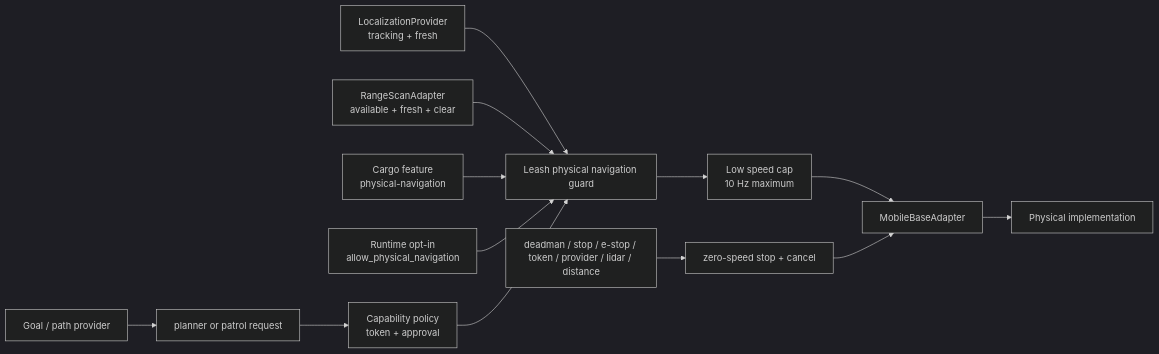
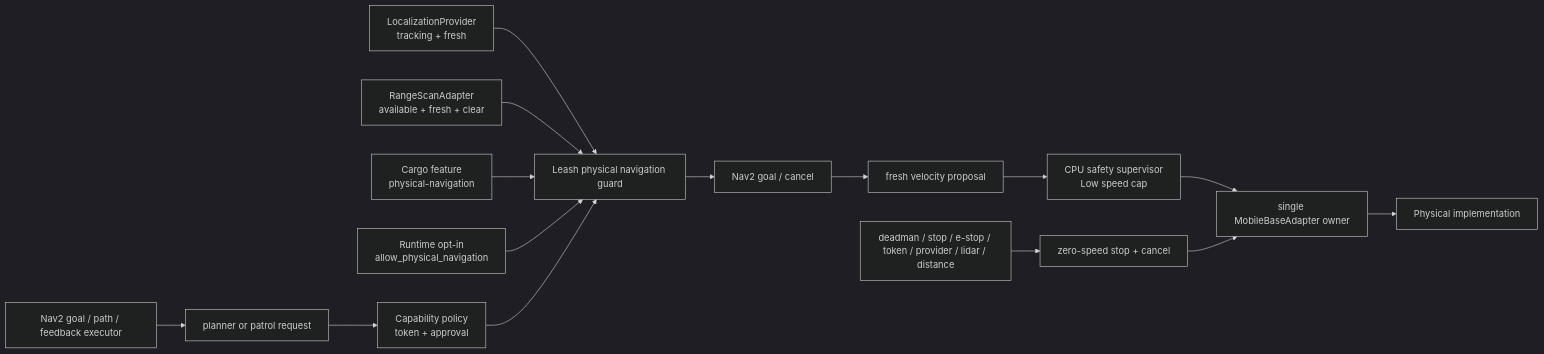
Before and after one commit to specdog/leash: the diagram in docs/PHYSICAL_NAVIGATION.md, drawn with Mermaid (dark theme). The commit also changed other lines of this file and 9 other files, not shown here.

````diff
--- a/docs/PHYSICAL_NAVIGATION.md
+++ b/docs/PHYSICAL_NAVIGATION.md
@@ -20,15 +20,17 @@
 ```mermaid
 flowchart LR
-  path["Goal / path provider"] --> request["planner or patrol request"]
+  path["Nav2 goal / path / feedback executor"] --> request["planner or patrol request"]
   localization["LocalizationProvider\ntracking + fresh"] --> guard["Leash physical navigation guard"]
   lidar["RangeScanAdapter\navailable + fresh + clear"] --> guard
   request --> policy["Capability policy\ntoken + approval"]
   compile["Cargo feature\nphysical-navigation"] --> guard
   runtime["Runtime opt-in\nallow_physical_navigation"] --> guard
   policy --> guard
-  guard --> limiter["Low speed cap\n10 Hz maximum"]
-  limiter --> driver["MobileBaseAdapter"]
+  guard --> nav2["Nav2 goal / cancel"]
+  nav2 --> proposal["fresh velocity proposal"]
+  proposal --> limiter["CPU safety supervisor\nLow speed cap"]
+  limiter --> driver["single MobileBaseAdapter owner"]
   driver --> motors["Physical implementation"]
   stop["deadman / stop / e-stop / token / provider / lidar / distance"] --> zero["zero-speed stop + cancel"]
   zero --> driver
 ```
````
